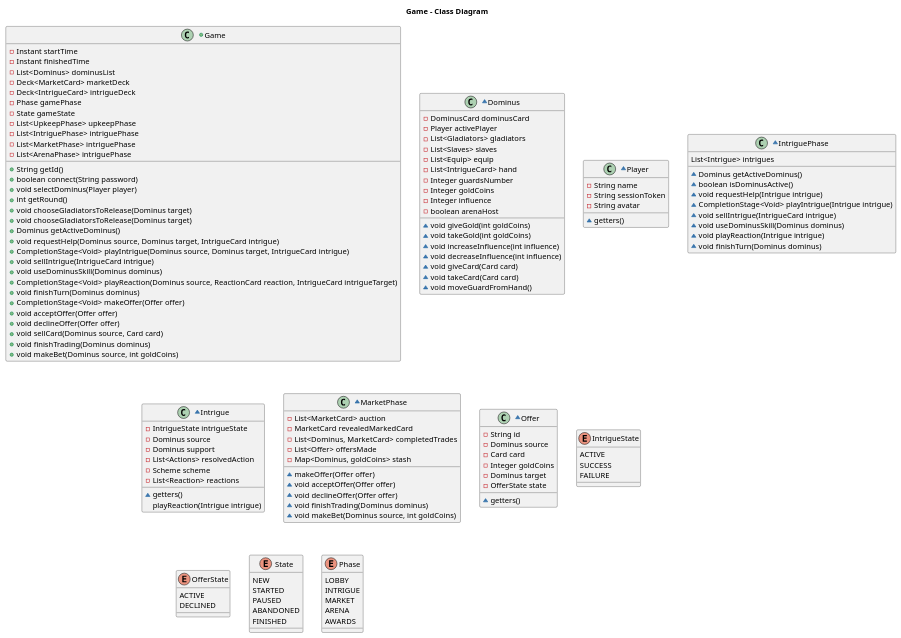
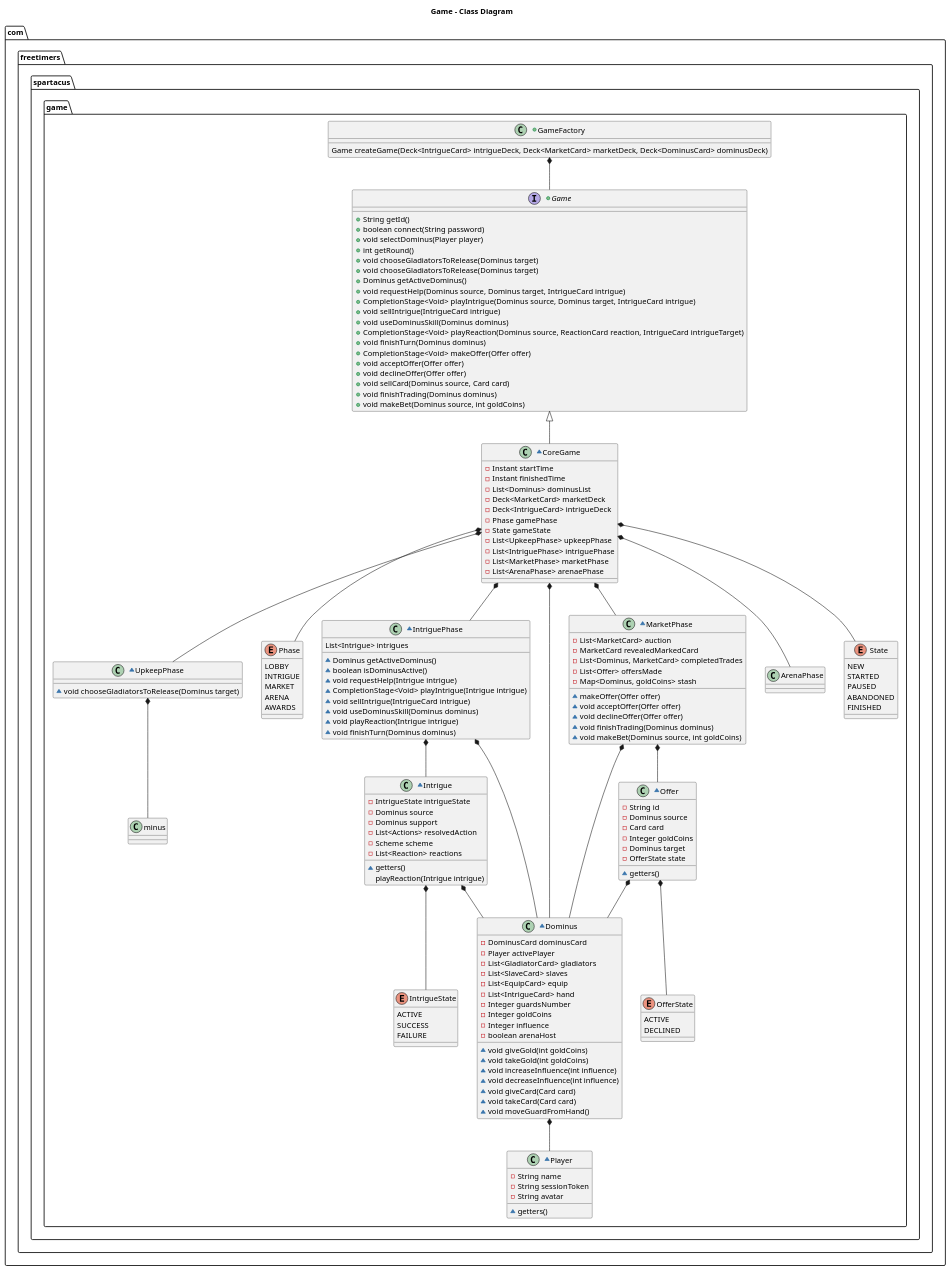
The diagram in Docs/GameClassDiagram.puml (v-bodnar/Spartaaa), drawn with PlantUML before and after one commit. The commit also changed 1 other file, not shown here.

```diff
--- a/Docs/GameClassDiagram.puml
+++ b/Docs/GameClassDiagram.puml
@@ -1,141 +1,178 @@
 @startuml
 
 title Game - Class Diagram
 
+package "com.freetimers.spartacus.game"{
+    +class GameFactory{
+        Game createGame(Deck<IntrigueCard> intrigueDeck, Deck<MarketCard> marketDeck, Deck<DominusCard> dominusDeck)
+    }
 
-+class Game {
-  -Instant startTime
-  -Instant finishedTime
-  -List<Dominus> dominusList
-  -Deck<MarketCard> marketDeck
-  -Deck<IntrigueCard> intrigueDeck
-  -Phase gamePhase
-  -State gameState
-  -List<UpkeepPhase> upkeepPhase
-  -List<IntriguePhase> intriguePhase
-  -List<MarketPhase> intriguePhase
-  -List<ArenaPhase> intriguePhase
-  +String getId()
-  +boolean connect(String password)
-  +void selectDominus(Player player)
-  +int getRound()
-'  Upkeep
-  +void chooseGladiatorsToRelease(Dominus target)
-'  Intrigue phase
-  +void chooseGladiatorsToRelease(Dominus target)
-  +Dominus getActiveDominus()
-  +void requestHelp(Dominus source, Dominus target, IntrigueCard intrigue)
-  +CompletionStage<Void> playIntrigue(Dominus source, Dominus target, IntrigueCard intrigue)
-  +void sellIntrigue(IntrigueCard intrigue)
-  +void useDominusSkill(Dominus dominus)
-  +CompletionStage<Void> playReaction(Dominus source, ReactionCard reaction, IntrigueCard intrigueTarget)
-  +void finishTurn(Dominus dominus)
-'  MarketPhase
-  +CompletionStage<Void> makeOffer(Offer offer)
-  +void acceptOffer(Offer offer)
-  +void declineOffer(Offer offer)
-  +void sellCard(Dominus source, Card card)
-  +void finishTrading(Dominus dominus)
-  +void makeBet(Dominus source, int goldCoins)
+    GameFactory *-- Game
+
+    +interface Game {
+      +String getId()
+      +boolean connect(String password)
+      +void selectDominus(Player player)
+      +int getRound()
+    '  Upkeep
+      +void chooseGladiatorsToRelease(Dominus target)
+    '  Intrigue phase
+      +void chooseGladiatorsToRelease(Dominus target)
+      +Dominus getActiveDominus()
+      +void requestHelp(Dominus source, Dominus target, IntrigueCard intrigue)
+      +CompletionStage<Void> playIntrigue(Dominus source, Dominus target, IntrigueCard intrigue)
+      +void sellIntrigue(IntrigueCard intrigue)
+      +void useDominusSkill(Dominus dominus)
+      +CompletionStage<Void> playReaction(Dominus source, ReactionCard reaction, IntrigueCard intrigueTarget)
+      +void finishTurn(Dominus dominus)
+    '  MarketPhase
+      +CompletionStage<Void> makeOffer(Offer offer)
+      +void acceptOffer(Offer offer)
+      +void declineOffer(Offer offer)
+      +void sellCard(Dominus source, Card card)
+      +void finishTrading(Dominus dominus)
+      +void makeBet(Dominus source, int goldCoins)
+    }
+
+    ~class CoreGame extends Game{
+      -Instant startTime
+      -Instant finishedTime
+      -List<Dominus> dominusList
+      -Deck<MarketCard> marketDeck
+      -Deck<IntrigueCard> intrigueDeck
+      -Phase gamePhase
+      -State gameState
+      -List<UpkeepPhase> upkeepPhase
+      -List<IntriguePhase> intriguePhase
+      -List<MarketPhase> marketPhase
+      -List<ArenaPhase> arenaePhase
+    }
+
+    CoreGame *-- Dominus
+    CoreGame *-- Phase
+    CoreGame *-- UpkeepPhase
+    CoreGame *-- IntriguePhase
+    CoreGame *-- MarketPhase
+    CoreGame *-- ArenaPhase
+    CoreGame *-- State
+
+    ~class Dominus{
+     -DominusCard dominusCard
+     -Player activePlayer
+     -List<GladiatorCard> gladiators
+     -List<SlaveCard> slaves
+     -List<EquipCard> equip
+     -List<IntrigueCard> hand
+     -Integer guardsNumber
+     -Integer goldCoins
+     -Integer influence
+     -boolean arenaHost
+     ~void giveGold(int goldCoins)
+     ~void takeGold(int goldCoins)
+     ~void increaseInfluence(int influence)
+     ~void decreaseInfluence(int influence)
+     ~void giveCard(Card card)
+     ~void takeCard(Card card)
+     ~void moveGuardFromHand()
+    }
+
+    Dominus*--Player
+
+    ~class Player{
+     -String name
+     -String sessionToken
+     -String avatar
+     ~getters()
+    }
+
+    ~class UpkeepPhase{
+      ~void chooseGladiatorsToRelease(Dominus target)
+    }
+
+    UpkeepPhase*--Dominus
+
+    ~class IntriguePhase{
+     List<Intrigue> intrigues
+     ~Dominus getActiveDominus()
+     ~boolean isDominusActive()
+     ~void requestHelp(Intrigue intrigue)
+     ~CompletionStage<Void> playIntrigue(Intrigue intrigue)
+     ~void sellIntrigue(IntrigueCard intrigue)
+     ~void useDominusSkill(Dominus dominus)
+     ~void playReaction(Intrigue intrigue)
+     ~void finishTurn(Dominus dominus)
+    }
+
+    IntriguePhase*-- Dominus
+    IntriguePhase*-- Intrigue
+
+    ~class Intrigue{
+      -IntrigueState intrigueState
+      -Dominus source
+      -Dominus support
+      -List<Actions> resolvedAction
+      -Scheme scheme
+      -List<Reaction> reactions
+      ~getters()
+      playReaction(Intrigue intrigue)
+    }
+
+    Intrigue *-- IntrigueState
+    Intrigue *-- Dominus
+
+    ~class MarketPhase{
+        -List<MarketCard> auction
+        -MarketCard revealedMarkedCard
+        -List<Dominus, MarketCard> completedTrades
+        -List<Offer> offersMade
+        -Map<Dominus, goldCoins> stash
+        ~makeOffer(Offer offer)
+        ~void acceptOffer(Offer offer)
+        ~void declineOffer(Offer offer)
+        ~void finishTrading(Dominus dominus)
+        ~void makeBet(Dominus source, int goldCoins)
+    }
+
+    MarketPhase *-- Dominus
+    MarketPhase *-- Offer
+
+    ~class Offer{
+        -String id
+        -Dominus source
+        -Card card
+        -Integer goldCoins
+        -Dominus target
+        -OfferState state
+        ~getters()
+    }
+
+    Offer *-- OfferState
+    Offer *-- Dominus
+
+    enum IntrigueState{
+        ACTIVE
+        SUCCESS
+        FAILURE
+    }
+    enum OfferState{
+        ACTIVE
+        DECLINED
+    }
+
+    enum State{
+        NEW
+        STARTED
+        PAUSED
+        ABANDONED
+        FINISHED
+    }
+
+    enum Phase{
+        LOBBY
+        INTRIGUE
+        MARKET
+        ARENA
+        AWARDS
+    }
 }
-
-~class Dominus{
- -DominusCard dominusCard
- -Player activePlayer
- -List<Gladiators> gladiators
- -List<Slaves> slaves
- -List<Equip> equip
- -List<IntrigueCard> hand
- -Integer guardsNumber
- -Integer goldCoins
- -Integer influence
- -boolean arenaHost
- ~void giveGold(int goldCoins)
- ~void takeGold(int goldCoins)
- ~void increaseInfluence(int influence)
- ~void decreaseInfluence(int influence)
- ~void giveCard(Card card)
- ~void takeCard(Card card)
- ~void moveGuardFromHand()
-}
-
-~class Player{
- -String name
- -String sessionToken
- -String avatar
- ~getters()
-}
-
-~class IntriguePhase{
- List<Intrigue> intrigues
- ~Dominus getActiveDominus()
- ~boolean isDominusActive()
- ~void requestHelp(Intrigue intrigue)
- ~CompletionStage<Void> playIntrigue(Intrigue intrigue)
- ~void sellIntrigue(IntrigueCard intrigue)
- ~void useDominusSkill(Dominus dominus)
- ~void playReaction(Intrigue intrigue)
- ~void finishTurn(Dominus dominus)
-}
-
-~class Intrigue{
-  -IntrigueState intrigueState
-  -Dominus source
-  -Dominus support
-  -List<Actions> resolvedAction
-  -Scheme scheme
-  -List<Reaction> reactions
-  ~getters()
-  playReaction(Intrigue intrigue)
-}
-
-~class MarketPhase{
-    -List<MarketCard> auction
-    -MarketCard revealedMarkedCard
-    -List<Dominus, MarketCard> completedTrades
-    -List<Offer> offersMade
-    -Map<Dominus, goldCoins> stash
-    ~makeOffer(Offer offer)
-    ~void acceptOffer(Offer offer)
-    ~void declineOffer(Offer offer)
-    ~void finishTrading(Dominus dominus)
-    ~void makeBet(Dominus source, int goldCoins)
-}
-
-~class Offer{
-    -String id
-    -Dominus source
-    -Card card
-    -Integer goldCoins
-    -Dominus target
-    -OfferState state
-    ~getters()
-}
-
-enum IntrigueState{
-    ACTIVE
-    SUCCESS
-    FAILURE
-}
-enum OfferState{
-    ACTIVE
-    DECLINED
-}
-
-enum State{
-    NEW
-    STARTED
-    PAUSED
-    ABANDONED
-    FINISHED
-}
-
-enum Phase{
-    LOBBY
-    INTRIGUE
-    MARKET
-    ARENA
-    AWARDS
-}
-
 @enduml
```
